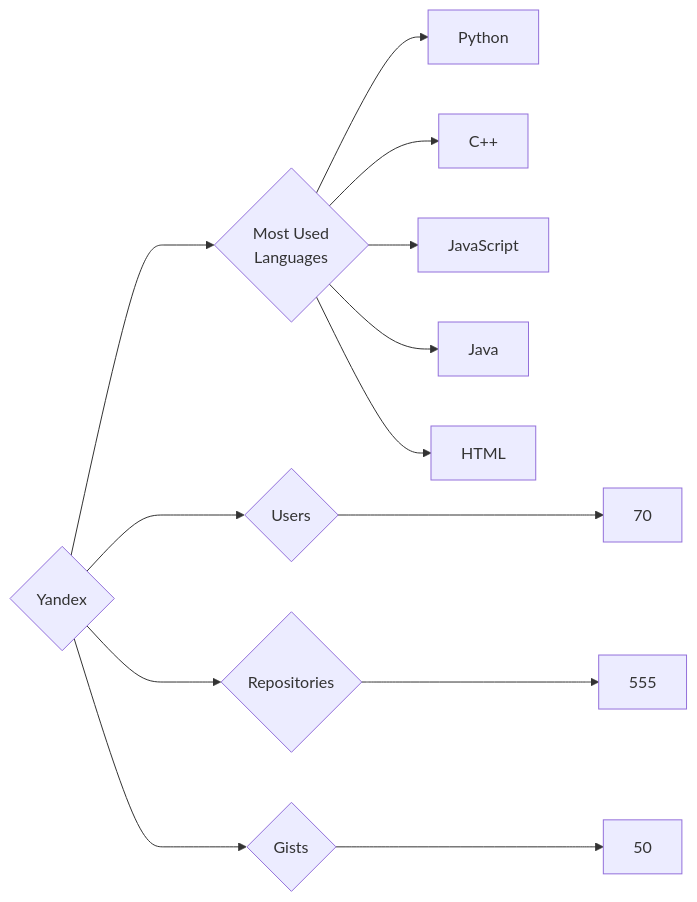
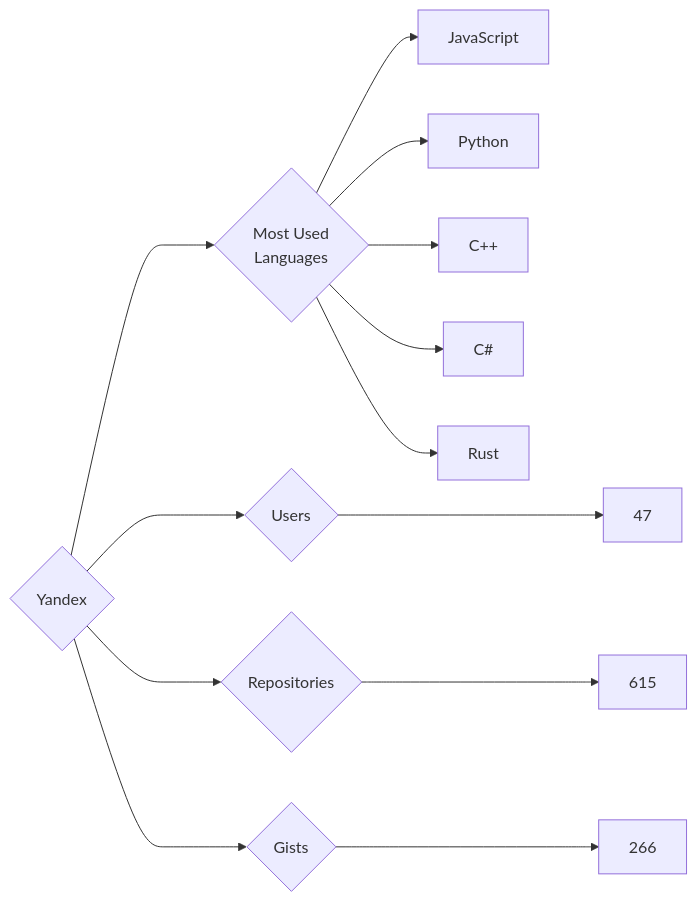
One commit to trickest/insiders changed the diagram in targets/Yandex/README.md. Above: the diagram before and after it, drawn with Mermaid. The commit also changed 877 other files, not shown here.

````diff
--- a/targets/Yandex/README.md
+++ b/targets/Yandex/README.md
@@ -3,13 +3,13 @@
 ```mermaid
 graph LR
 COMPANY_NAME{Yandex}
-COMPANY_NAME ---> U{Users} ---> UN[70]
-COMPANY_NAME ---> R{Repositories} ---> RN[555]
-COMPANY_NAME ---> G{Gists} ---> GN[50]
+COMPANY_NAME ---> U{Users} ---> UN[47]
+COMPANY_NAME ---> R{Repositories} ---> RN[615]
+COMPANY_NAME ---> G{Gists} ---> GN[266]
 COMPANY_NAME ---> ML{Most Used<br>Languages}
+ML --> JavaScript[JavaScript]
 ML --> Python[Python]
 ML --> C++[C++]
-ML --> JavaScript[JavaScript]
-ML --> Java[Java]
-ML --> HTML[HTML]
+ML --> C#[C#]
+ML --> Rust[Rust]
 ```
````
